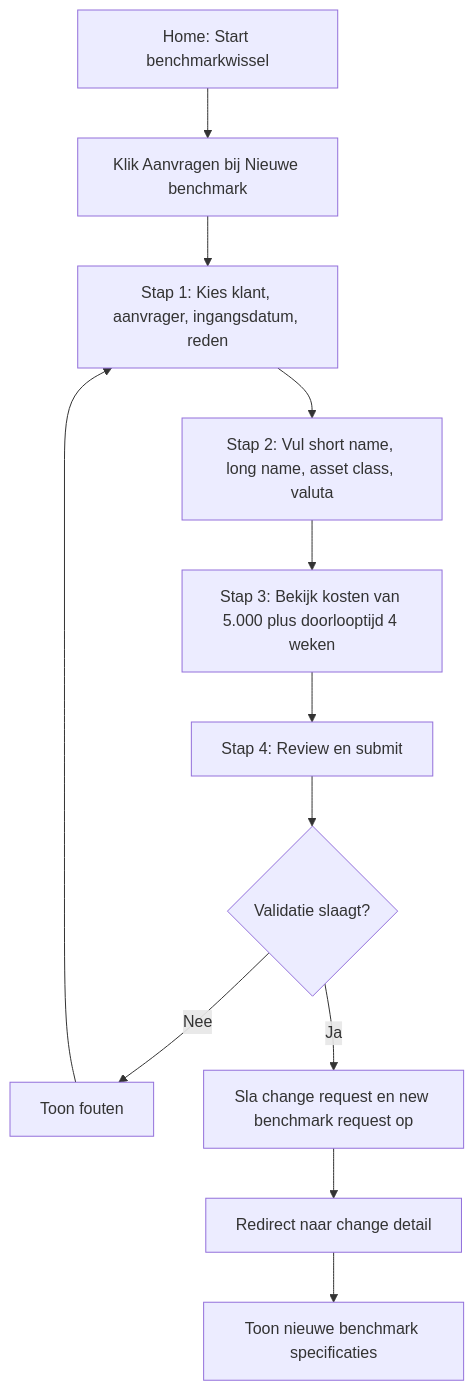
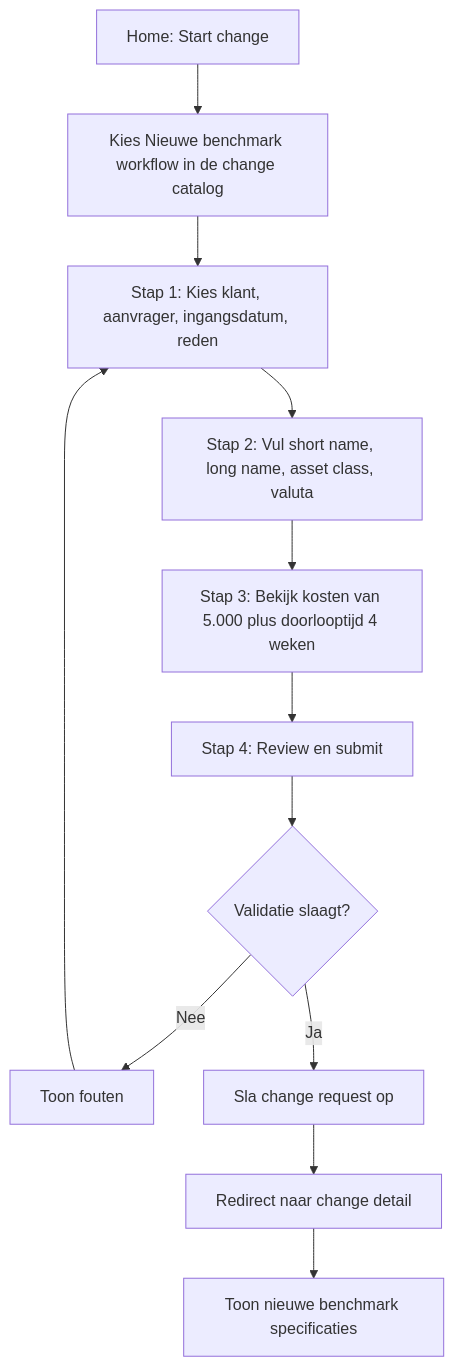
The third of 12 diagrams in README.md (rbnbrls/bcm), drawn with Mermaid before and after one commit. The commit also changed other lines of this file and 35 other files, not shown here.

First line of the commit message:
refactor: remove legacy benchmark/asset-class request routes and pages (#596)

````diff
--- a/README.md
+++ b/README.md
@@ -142,14 +139,14 @@
 ```mermaid
 flowchart TD
-    A[Home: Start benchmarkwissel] --> B[Klik Aanvragen bij Nieuwe benchmark]
+    A[Home: Start change] --> B[Kies Nieuwe benchmark workflow in de change catalog]
     B --> C[Stap 1: Kies klant, aanvrager, ingangsdatum, reden]
     C --> D[Stap 2: Vul short name, long name, asset class, valuta]
     D --> E[Stap 3: Bekijk kosten van 5.000 plus doorlooptijd 4 weken]
     E --> F[Stap 4: Review en submit]
     F --> G{Validatie slaagt?}
     G -->|Nee| H[Toon fouten]
     H --> C
-    G -->|Ja| I[Sla change request en new benchmark request op]
+    G -->|Ja| I[Sla change request op]
     I --> J[Redirect naar change detail]
     J --> K[Toon nieuwe benchmark specificaties]
 ```
````
